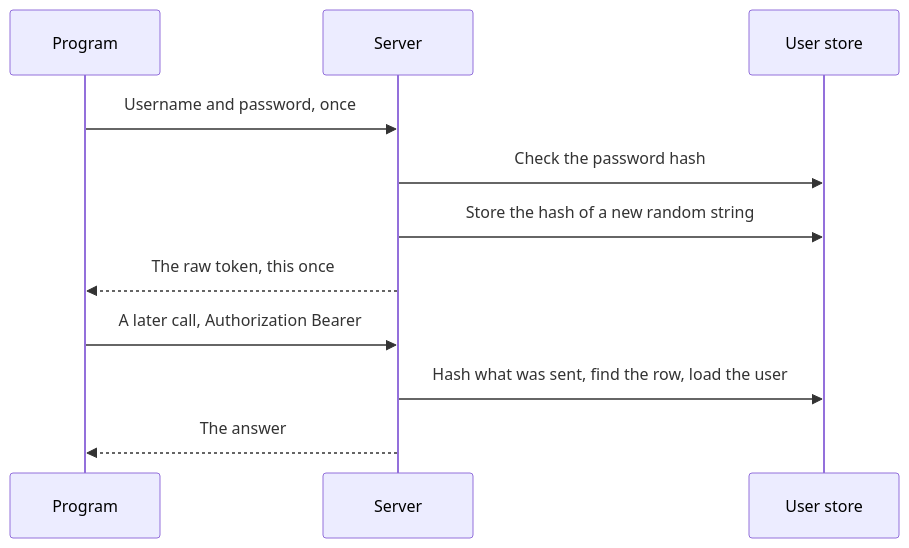
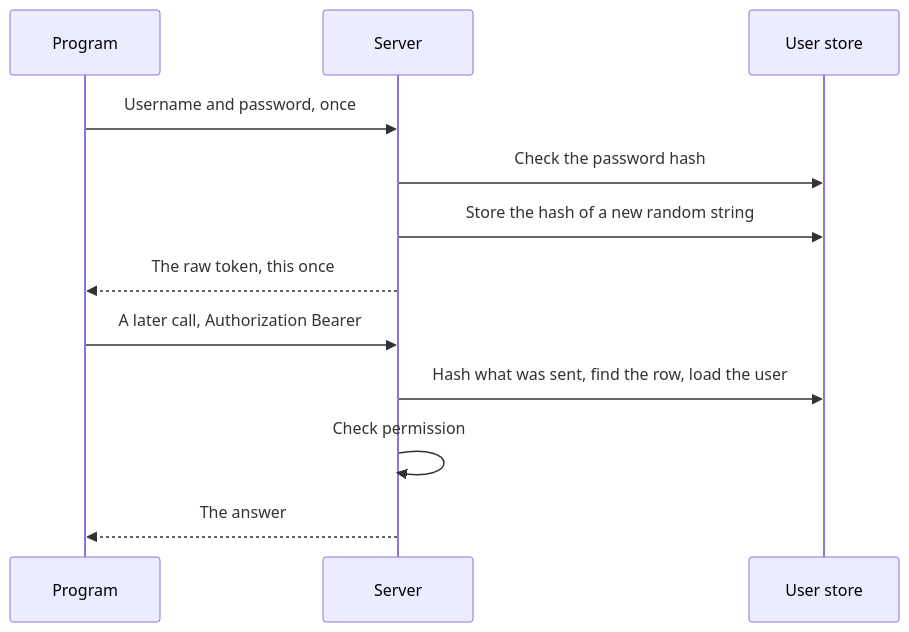
Before and after one commit to tgogos/CS_notes: the fourth of 7 diagrams in auth/README.md, drawn with Mermaid. The commit also changed other lines of this file, not shown here.

````diff
--- a/auth/README.md
+++ b/auth/README.md
@@ -138,14 +145,15 @@
 ```mermaid
 sequenceDiagram
   participant Program
   participant Server
   participant DB as User store
 
   Program->>Server: Username and password, once
   Server->>DB: Check the password hash
   Server->>DB: Store the hash of a new random string
   Server-->>Program: The raw token, this once
   Program->>Server: A later call, Authorization Bearer
   Server->>DB: Hash what was sent, find the row, load the user
+  Server->>Server: Check permission
   Server-->>Program: The answer
 ```
````
